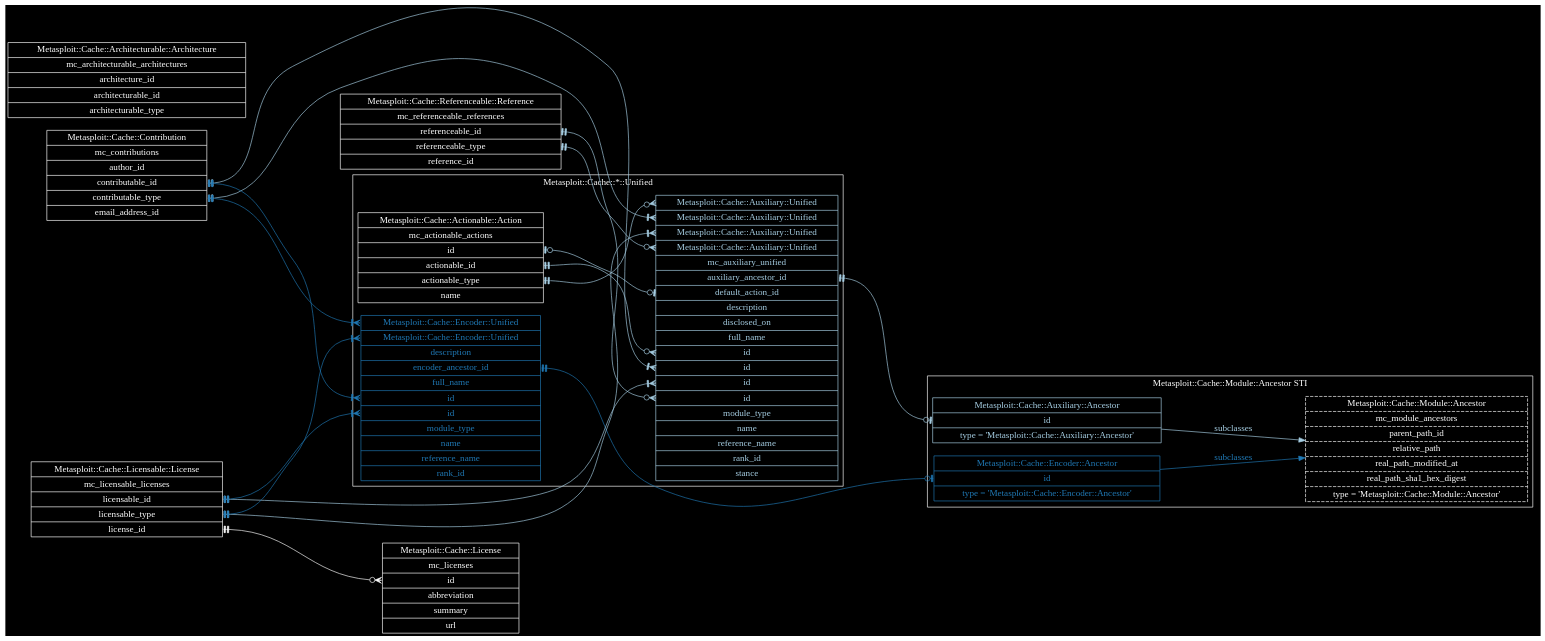
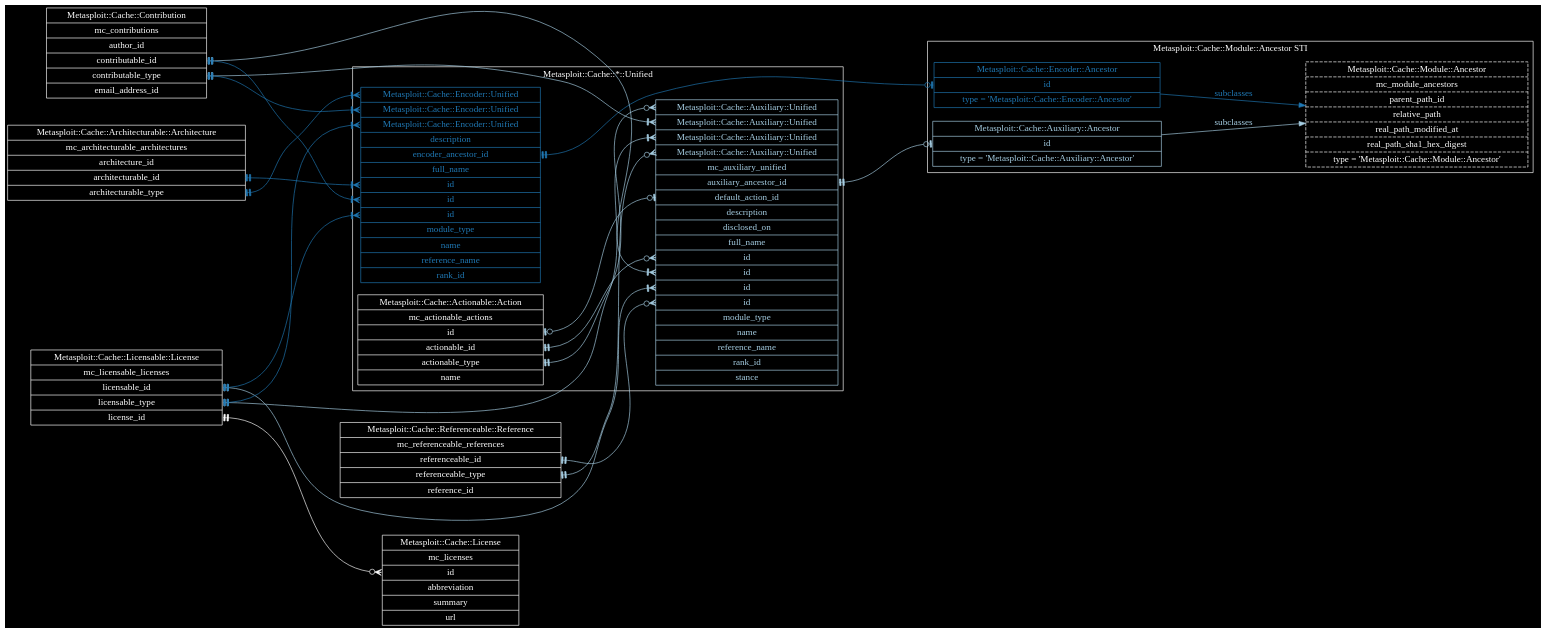
One commit to rapid7/metasploit-cache changed the diagram in docs/metasploit-cache-read-model.dot. Above: the diagram before and after it, drawn with Graphviz.

Commit message:
Architecturable::Architecture -> Encoder::Unified
MSP-12192

```diff
--- a/docs/metasploit-cache-read-model.dot
+++ b/docs/metasploit-cache-read-model.dot
@@ -34,6 +34,20 @@
 
   "Metasploit::Cache::Architecturable::Architecture" [
     label = "Metasploit::Cache::Architecturable::Architecture | mc_architecturable_architectures | architecture_id | <architecturable_id>architecturable_id | <architecturable_type>architecturable_type"
+  ]
+
+  "Metasploit::Cache::Architecturable::Architecture":architecturable_id -> "Metasploit::Cache::Encoder::Unified":id_for_architecturable_id [
+    arrowhead = "crowtee"
+    arrowtail = "teetee"
+    color = "/paired9/2"
+    dir = "both"
+  ]
+
+  "Metasploit::Cache::Architecturable::Architecture":architecturable_type -> "Metasploit::Cache::Encoder::Unified":type_for_architecturable_type [
+    arrowhead = "crowtee"
+    arrowtail = "teetee"
+    color = "/paired9/2"
+    dir = "both"
   ]
 
   "Metasploit::Cache::Contribution" [
@@ -191,7 +205,7 @@
     "Metasploit::Cache::Encoder::Unified" [
       color = "/paired9/2"
       fontcolor = "/paired9/2"
-      label = "<type_for_contributable_type>Metasploit::Cache::Encoder::Unified | <type_for_licensable_type>Metasploit::Cache::Encoder::Unified | description | <encoder_ancestor_id>encoder_ancestor_id | full_name | <id_for_contributable_id>id | <id_for_licensable_id>id | module_type | name | reference_name | rank_id"
+      label = "<type_for_architecturable_type>Metasploit::Cache::Encoder::Unified | <type_for_contributable_type>Metasploit::Cache::Encoder::Unified | <type_for_licensable_type>Metasploit::Cache::Encoder::Unified | description | <encoder_ancestor_id>encoder_ancestor_id | full_name | <id_for_architecturable_id>id | <id_for_contributable_id>id | <id_for_licensable_id>id | module_type | name | reference_name | rank_id"
     ]
 
     "Metasploit::Cache::Encoder::Unified":encoder_ancestor_id -> "Metasploit::Cache::Encoder::Ancestor":id [
```
